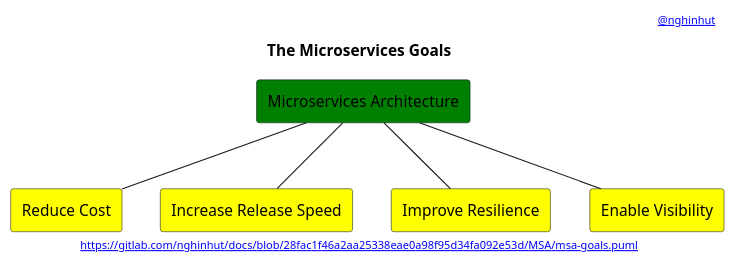
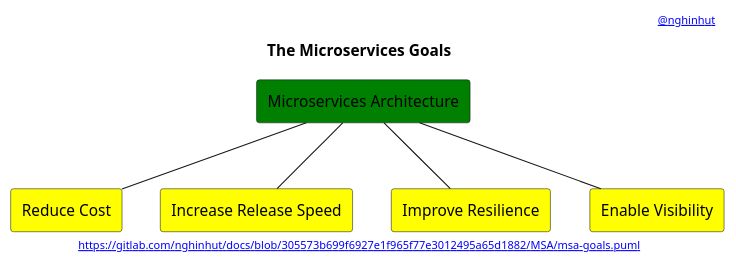
One commit to nghinhut/docs changed the diagram in MSA/msa-goals.puml. Above: the diagram before and after it, drawn with PlantUML. The commit also changed 17 other files, not shown here.

Commit message:
Update diagrams

```diff
--- a/MSA/msa-goals.puml
+++ b/MSA/msa-goals.puml
@@ -1,23 +1,23 @@
 @startuml
 '-----START auto generated metadata please keep comment here to allow auto update-----
 '-----DON'T EDIT THIS SECTION, INSTEAD RE-RUN prebuild.sh TO UPDATE-----
-header [[www.nghinhut.dev?from=http%5C%3A%5C%2F%5C%2Fwww%5C.plantuml%5C.com%5C%2Fplantuml%5C%2Fproxy%3Ffmt%3Dsvg%5C%26src%3Dhttps%5C%3A%5C%2F%5C%2Fgitlab%5C.com%5C%2Fnghinhut%5C%2Fdocs%5C%2Fraw%5C%2F28fac1f46a2aa25338eae0a98f95d34fa092e53d%5C%2FMSA%5C%2Fmsa-goals%5C.puml%0A @nghinhut]]
-footer [[http://www.plantuml.com/plantuml/proxy?fmt=svg&src=https://gitlab.com/nghinhut/docs/raw/28fac1f46a2aa25338eae0a98f95d34fa092e53d/MSA/msa-goals.puml https://gitlab.com/nghinhut/docs/blob/28fac1f46a2aa25338eae0a98f95d34fa092e53d/MSA/msa-goals.puml]]
+header [[www.nghinhut.dev?from=http%5C%3A%5C%2F%5C%2Fwww%5C.plantuml%5C.com%5C%2Fplantuml%5C%2Fproxy%3Ffmt%3Dsvg%5C%26src%3Dhttps%5C%3A%5C%2F%5C%2Fgitlab%5C.com%5C%2Fnghinhut%5C%2Fdocs%5C%2Fraw%5C%2F305573b699f6927e1f965f77e3012495a65d1882%5C%2FMSA%5C%2Fmsa-goals%5C.puml%0A @nghinhut]]
+footer [[http://www.plantuml.com/plantuml/proxy?fmt=svg&src=https://gitlab.com/nghinhut/docs/raw/305573b699f6927e1f965f77e3012495a65d1882/MSA/msa-goals.puml https://gitlab.com/nghinhut/docs/blob/305573b699f6927e1f965f77e3012495a65d1882/MSA/msa-goals.puml]]
 '-----END auto generated metadata please keep comment here to allow auto update-----
 title The Microservices Goals
 
 rectangle "Microservices Architecture" as msa #green
 
 rectangle "Reduce Cost" as goal1 #yellow
 rectangle "Increase Release Speed" as goal2 #yellow
 rectangle "Improve Resilience" as goal3 #yellow
 rectangle "Enable Visibility" as goal4 #yellow
 
 msa -- goal1
 msa -- goal2
 msa -- goal3
 msa -- goal4
 
 
 
 @enduml
```
